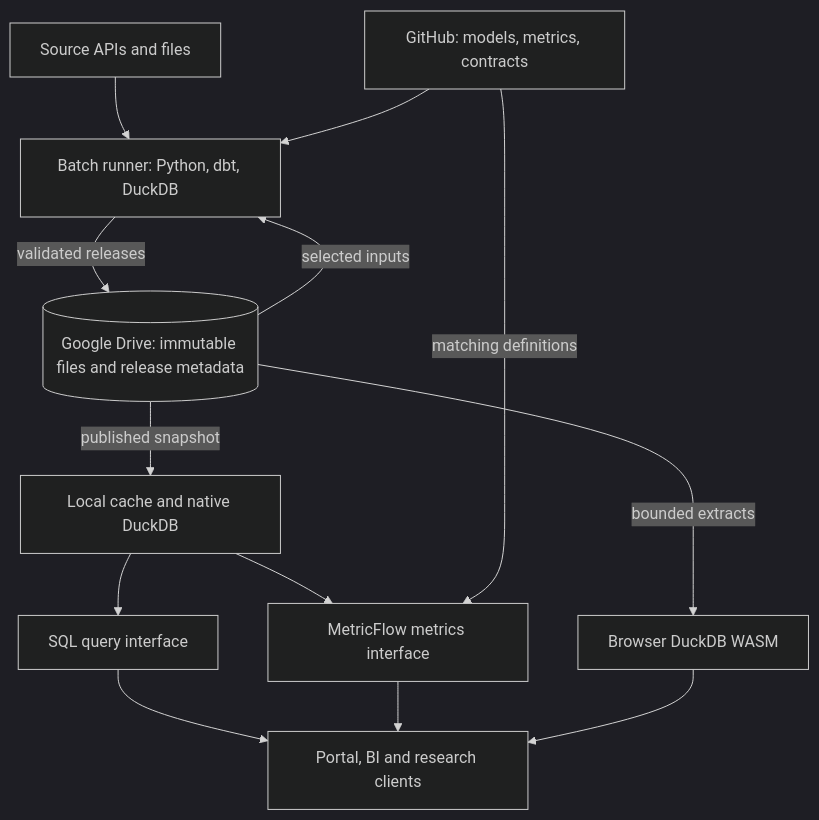
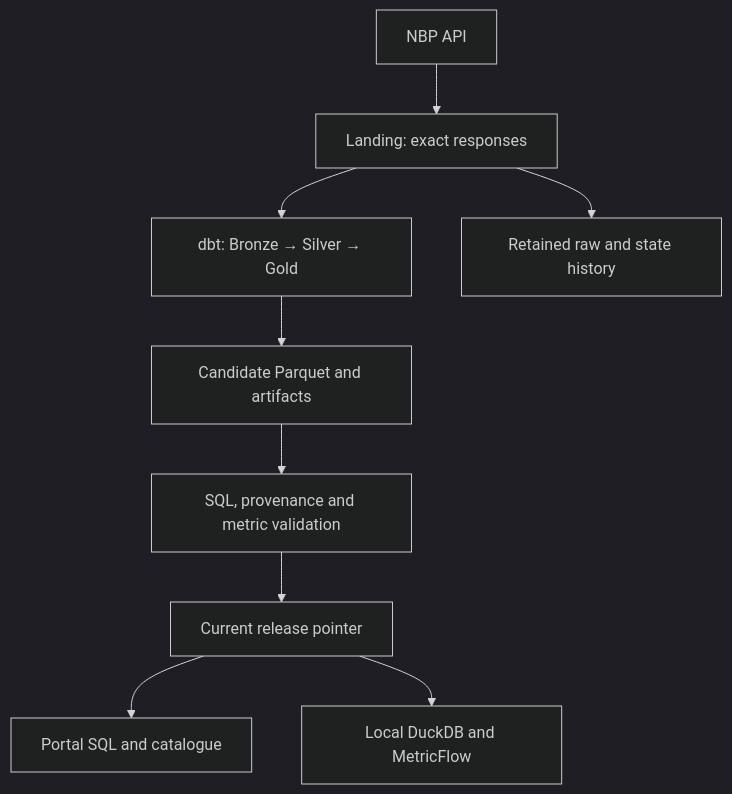
One commit to rutkala/zohelo-data changed the diagram in docs/architecture.md. Above: the diagram before and after it, drawn with Mermaid (dark theme). The commit also changed other lines of this file and 96 other files, not shown here.

````diff
--- a/docs/architecture.md
+++ b/docs/architecture.md
@@ -59,15 +26,11 @@
 ```mermaid
 flowchart TD
-    Sources["Source APIs and files"] --> Build["Batch runner: Python, dbt, DuckDB"]
-    Git["GitHub: models, metrics, contracts"] --> Build
-    Drive[("Google Drive: immutable files and release metadata")] -->|selected inputs| Build
-    Build -->|validated releases| Drive
-    Drive -->|published snapshot| Cache["Local cache and native DuckDB"]
-    Cache --> SQL["SQL query interface"]
-    Cache --> Metrics["MetricFlow metrics interface"]
-    Git -->|matching definitions| Metrics
-    SQL --> Clients["Portal, BI and research clients"]
-    Metrics --> Clients
-    Drive -->|bounded extracts| Browser["Browser DuckDB WASM"]
-    Browser --> Clients
+  A["NBP API"] --> B["Landing: exact responses"]
+  B --> C["dbt: Bronze → Silver → Gold"]
+  C --> D["Candidate Parquet and artifacts"]
+  D --> E["SQL, provenance and metric validation"]
+  E --> F["Current release pointer"]
+  F --> G["Portal SQL and catalogue"]
+  F --> H["Local DuckDB and MetricFlow"]
+  B --> I["Retained raw and state history"]
 ```
````
